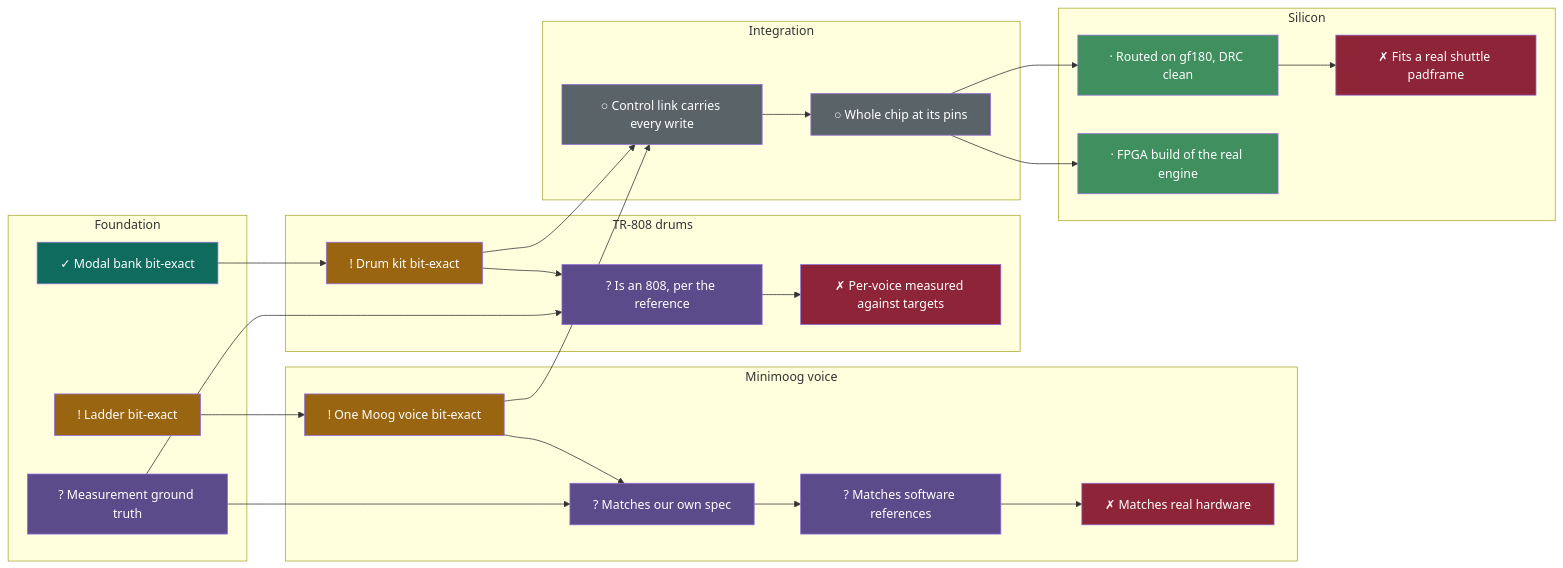
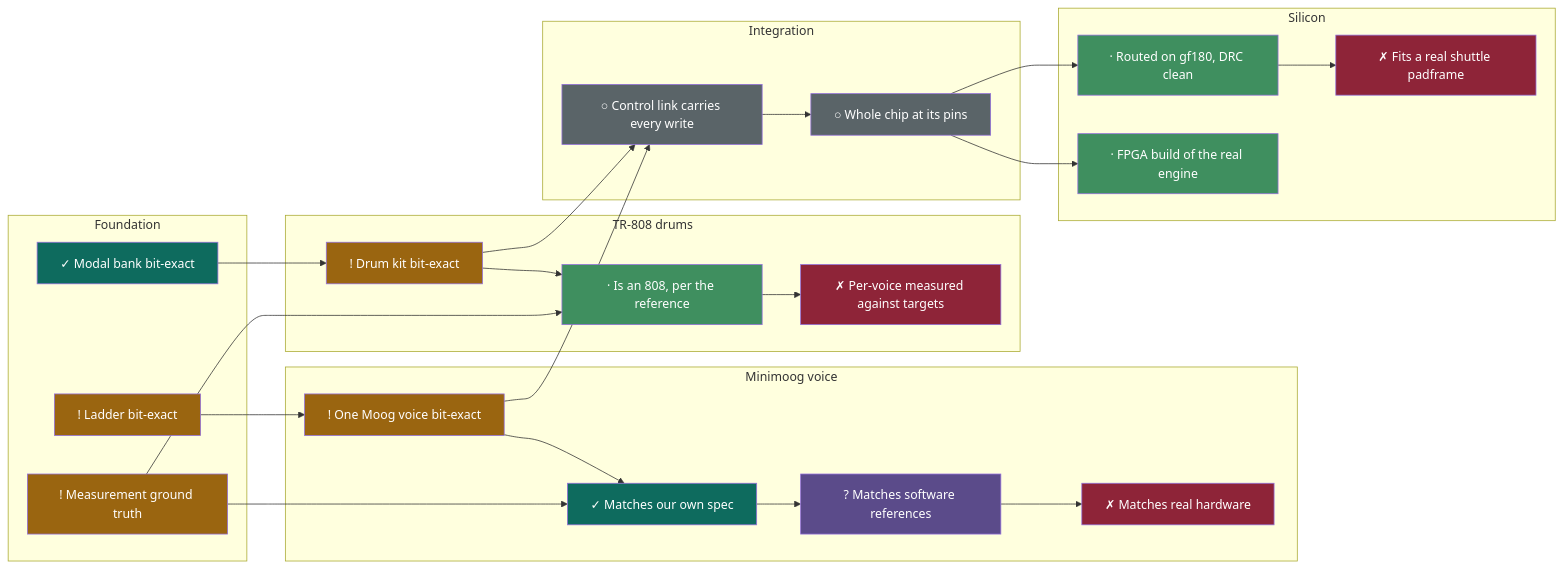
One commit to 2AMLogic/gf180-parasynth changed the diagram in README.md. Above: the diagram before and after it, drawn with Mermaid. The commit also changed other lines of this file and 1 other file, not shown here.

Commit message:
[dag] re-record M3/S1/S3 at the merge commit

````diff
--- a/README.md
+++ b/README.md
@@ -69,58 +69,58 @@
 ```mermaid
 graph LR
   subgraph foundation["Foundation"]
     F1["! Ladder bit-exact"]
     F2["✓ Modal bank bit-exact"]
-    F3["? Measurement ground truth"]
+    F3["! Measurement ground truth"]
   end
   subgraph minimoog["Minimoog voice"]
     M1["! One Moog voice bit-exact"]
-    M2["? Matches our own spec"]
+    M2["✓ Matches our own spec"]
     M3["? Matches software references"]
     M4["✗ Matches real hardware"]
   end
   subgraph drums["TR-808 drums"]
     D1["! Drum kit bit-exact"]
-    D2["? Is an 808, per the reference"]
+    D2["· Is an 808, per the reference"]
     D3["✗ Per-voice measured against targets"]
   end
   subgraph integration["Integration"]
     I1["○ Control link carries every write"]
     I2["○ Whole chip at its pins"]
   end
   subgraph silicon["Silicon"]
     S1["· Routed on gf180, DRC clean"]
     S2["✗ Fits a real shuttle padframe"]
     S3["· FPGA build of the real engine"]
   end
   F1 --> M1
   M1 --> M2
   F3 --> M2
   M2 --> M3
   M3 --> M4
   F2 --> D1
   D1 --> D2
   F3 --> D2
   D2 --> D3
   M1 --> I1
   D1 --> I1
   I1 --> I2
   I2 --> S1
   S1 --> S2
   I2 --> S3
   style F1 fill:#9A6510,color:#fff
   style F2 fill:#0E6B5E,color:#fff
-  style F3 fill:#5B4B8A,color:#fff
+  style F3 fill:#9A6510,color:#fff
   style M1 fill:#9A6510,color:#fff
-  style M2 fill:#5B4B8A,color:#fff
+  style M2 fill:#0E6B5E,color:#fff
   style M3 fill:#5B4B8A,color:#fff
   style M4 fill:#8E2438,color:#fff
   style D1 fill:#9A6510,color:#fff
-  style D2 fill:#5B4B8A,color:#fff
+  style D2 fill:#3f8f5f,color:#fff
   style D3 fill:#8E2438,color:#fff
   style I1 fill:#5a6468,color:#fff
   style I2 fill:#5a6468,color:#fff
   style S1 fill:#3f8f5f,color:#fff
   style S2 fill:#8E2438,color:#fff
   style S3 fill:#3f8f5f,color:#fff
 ```
````
